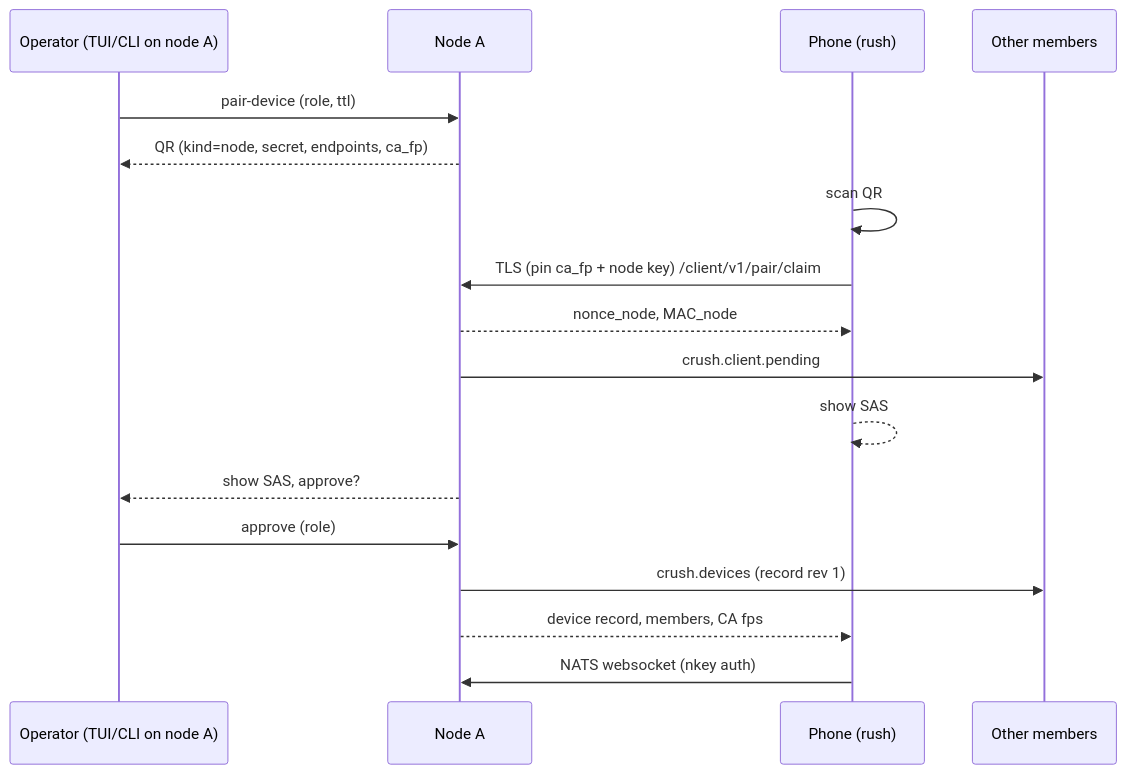
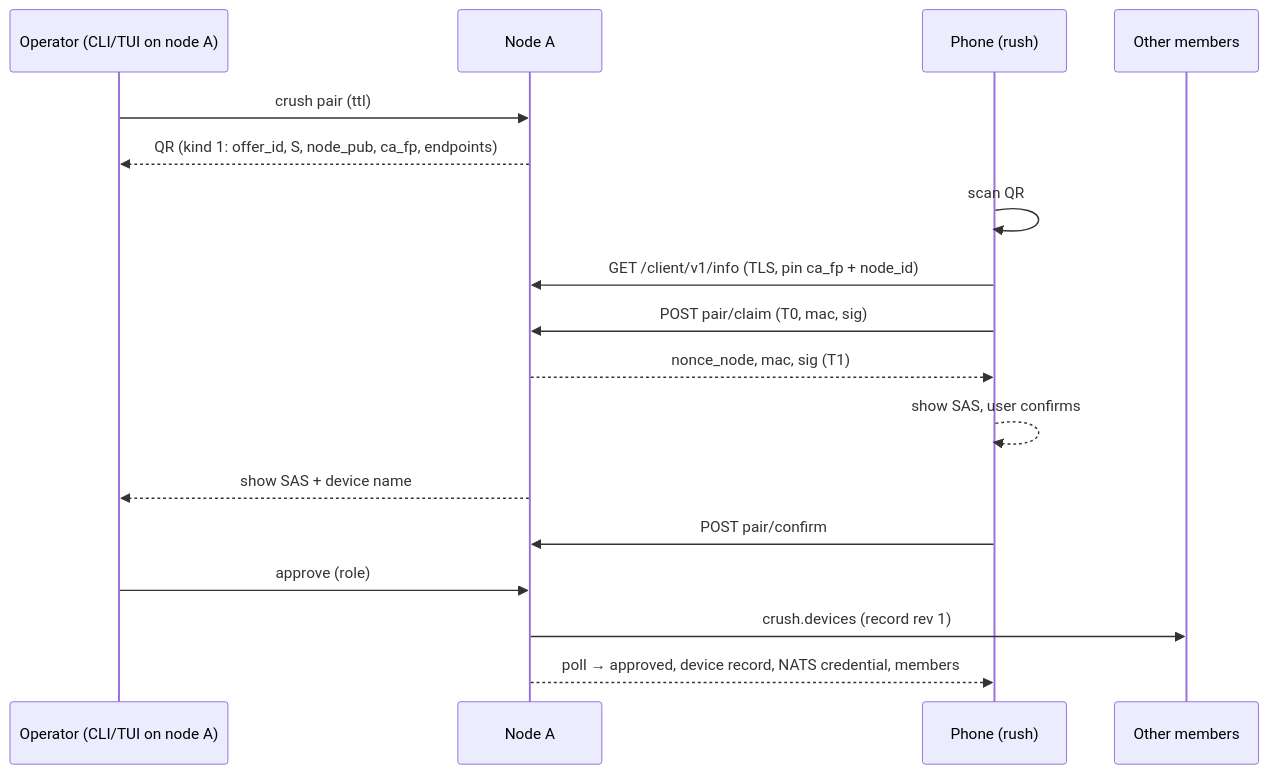
Before and after one commit to taigrr/crush: the diagram in docs/specs/MOBILE_PAIRING.md, drawn with Mermaid. The commit also changed other lines of this file, not shown here.

Commit message:
docs(cluster): specify v1 pairing transcript, SAS, endpoints, and phase 1 scope

````diff
--- a/docs/specs/MOBILE_PAIRING.md
+++ b/docs/specs/MOBILE_PAIRING.md
@@ -215,19 +387,19 @@
 ```mermaid
 sequenceDiagram
-    participant Op as Operator (TUI/CLI on node A)
+    participant Op as Operator (CLI/TUI on node A)
     participant A as Node A
     participant P as Phone (rush)
     participant M as Other members
-    Op->>A: pair-device (role, ttl)
-    A-->>Op: QR (kind=node, secret, endpoints, ca_fp)
+    Op->>A: crush pair (ttl)
+    A-->>Op: QR (kind 1: offer_id, S, node_pub, ca_fp, endpoints)
     P->>P: scan QR
-    P->>A: TLS (pin ca_fp + node key) /client/v1/pair/claim
-    A-->>P: nonce_node, MAC_node
-    A->>M: crush.client.pending
-    P-->>P: show SAS
-    A-->>Op: show SAS, approve?
+    P->>A: GET /client/v1/info (TLS, pin ca_fp + node_id)
+    P->>A: POST pair/claim (T0, mac, sig)
+    A-->>P: nonce_node, mac, sig (T1)
+    P-->>P: show SAS, user confirms
+    A-->>Op: show SAS + device name
+    P->>A: POST pair/confirm
     Op->>A: approve (role)
     A->>M: crush.devices (record rev 1)
-    A-->>P: device record, members, CA fps
-    P->>A: NATS websocket (nkey auth)
+    A-->>P: poll → approved, device record, NATS credential, members
 ```
````
